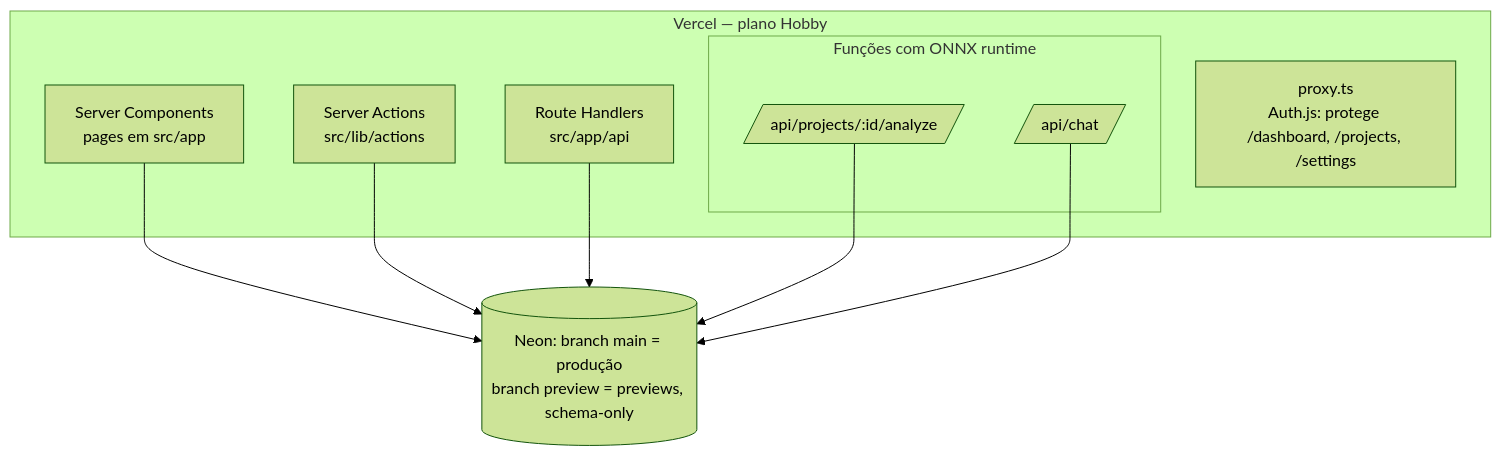
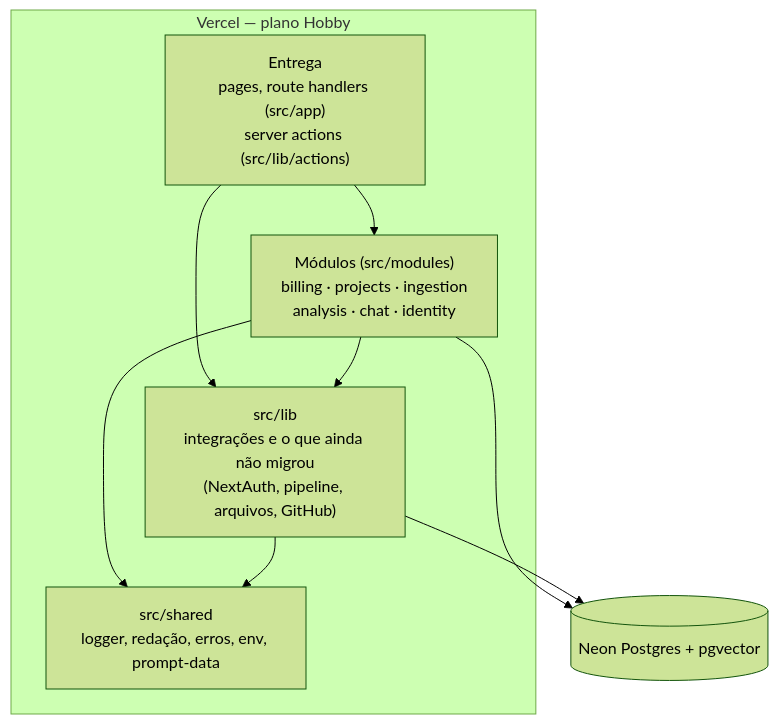
One commit to renatomf/nextjs-code-analyzer changed the diagram in docs/architecture.md. Above: the diagram before and after it, drawn with Mermaid (forest theme). The commit also changed other lines of this file and 7 other files, not shown here.

First line of the commit message:
docs: close Phase 3 — architecture after, results against the baseline (#51)

````diff
--- a/docs/architecture.md
+++ b/docs/architecture.md
@@ -32,20 +19,18 @@
 ```mermaid
 flowchart TB
   subgraph vercel[Vercel — plano Hobby]
-    pages[Server Components<br/>pages em src/app]
-    actions[Server Actions<br/>src/lib/actions]
-    routes[Route Handlers<br/>src/app/api]
-    proxy[proxy.ts<br/>Auth.js: protege /dashboard, /projects, /settings]
-    subgraph heavy[Funções com ONNX runtime]
-      analyze[/api/projects/:id/analyze/]
-      chat[/api/chat/]
-    end
+    delivery["Entrega<br/>pages, route handlers (src/app)<br/>server actions (src/lib/actions)"]
+    modules["Módulos (src/modules)<br/>billing · projects · ingestion<br/>analysis · chat · identity"]
+    lib["src/lib<br/>integrações e o que ainda não migrou<br/>(NextAuth, pipeline, arquivos, GitHub)"]
+    shared["src/shared<br/>logger, redação, erros, env, prompt-data"]
   end
-  neon[(Neon: branch main = produção<br/>branch preview = previews, schema-only)]
+  neon[(Neon Postgres + pgvector)]
 
-  pages --> neon
-  actions --> neon
-  routes --> neon
-  analyze --> neon
-  chat --> neon
+  delivery --> modules
+  delivery --> lib
+  modules --> lib
+  modules --> shared
+  lib --> shared
+  modules --> neon
+  lib --> neon
 ```
````
